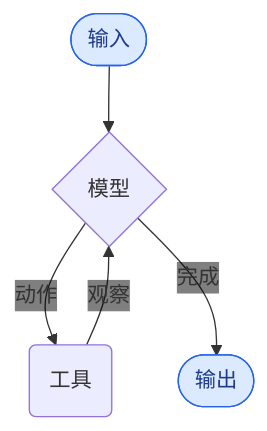
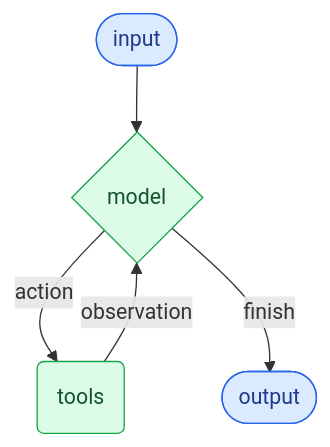
The diagram in oss/python/langchain/agents.mdx (kunfan96/cndocs-langchain), drawn with Mermaid before and after one commit. The commit also changed other lines of this file and 2611 other files, not shown here.

````diff
--- a/oss/python/langchain/agents.mdx
+++ b/oss/python/langchain/agents.mdx
@@ -12,28 +14,29 @@
 ```mermaid
 %%{
   init: {
     "fontFamily": "monospace",
     "flowchart": {
       "curve": "curve"
-    },
-    "themeVariables": {"edgeLabelBackground": "transparent"}
+    }
   }
 }%%
 graph TD
   %% Outside the agent
-  QUERY([输入])
-  LLM{模型}
-  TOOL(工具)
-  ANSWER([输出])
+  QUERY([input])
+  LLM{model}
+  TOOL(tools)
+  ANSWER([output])
 
   %% Main flows (no inline labels)
   QUERY --> LLM
-  LLM --"动作"--> TOOL
-  TOOL --"观察"--> LLM
-  LLM --"完成"--> ANSWER
+  LLM --"action"--> TOOL
+  TOOL --"observation"--> LLM
+  LLM --"finish"--> ANSWER
 
   classDef blueHighlight fill:#DBEAFE,stroke:#2563EB,color:#1E3A8A;
   classDef greenHighlight fill:#DCFCE7,stroke:#16A34A,color:#14532D;
   class QUERY blueHighlight;
   class ANSWER blueHighlight;
+  class LLM greenHighlight;
+  class TOOL greenHighlight;
 ```
````
